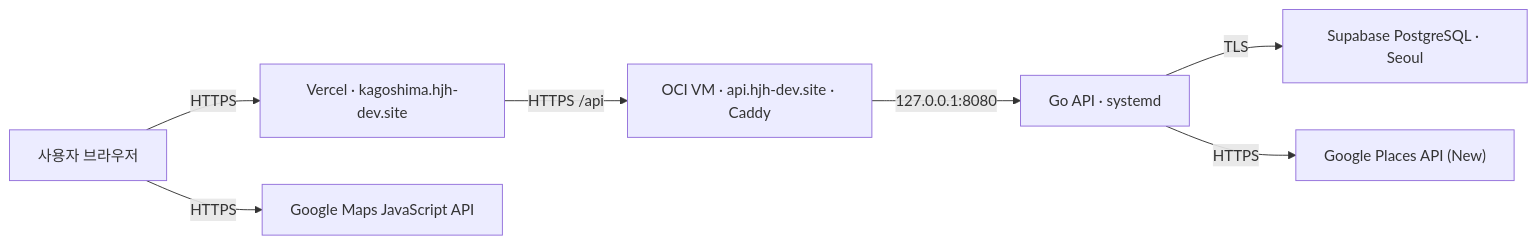
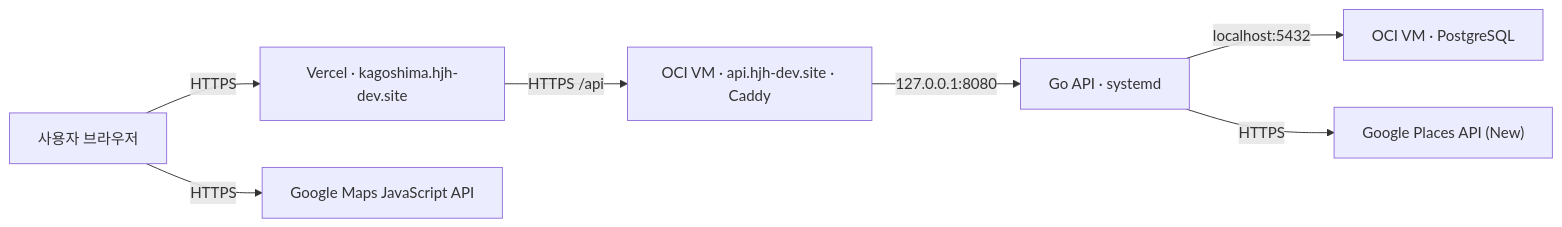
One commit to hjh6709/for_Kagoshima_travel changed the diagram in docs/DEPLOYMENT.md. Above: the diagram before and after it, drawn with Mermaid. The commit also changed other lines of this file and 4 other files, not shown here.

Commit message:
docs: 운영 DB를 OCI VM 로컬 PostgreSQL로 정정

````diff
--- a/docs/DEPLOYMENT.md
+++ b/docs/DEPLOYMENT.md
@@ -5,9 +5,9 @@
 ```mermaid
 flowchart LR
   Browser["사용자 브라우저"] -->|HTTPS| Vercel["Vercel · kagoshima.hjh-dev.site"]
   Vercel -->|HTTPS /api| Caddy["OCI VM · api.hjh-dev.site · Caddy"]
   Caddy -->|127.0.0.1:8080| API["Go API · systemd"]
-  API -->|TLS| DB["Supabase PostgreSQL · Seoul"]
+  API -->|localhost:5432| DB["OCI VM · PostgreSQL"]
   API -->|HTTPS| Places["Google Places API (New)"]
   Browser -->|HTTPS| Maps["Google Maps JavaScript API"]
 ```
````
